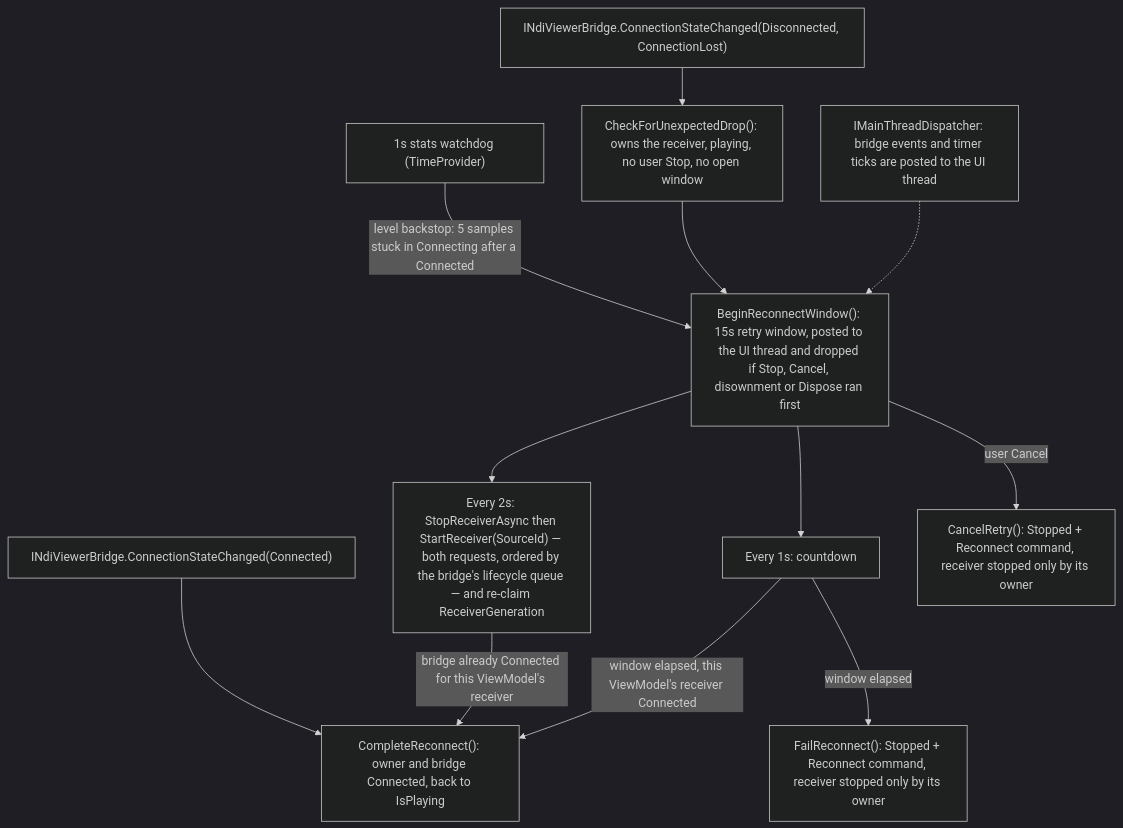
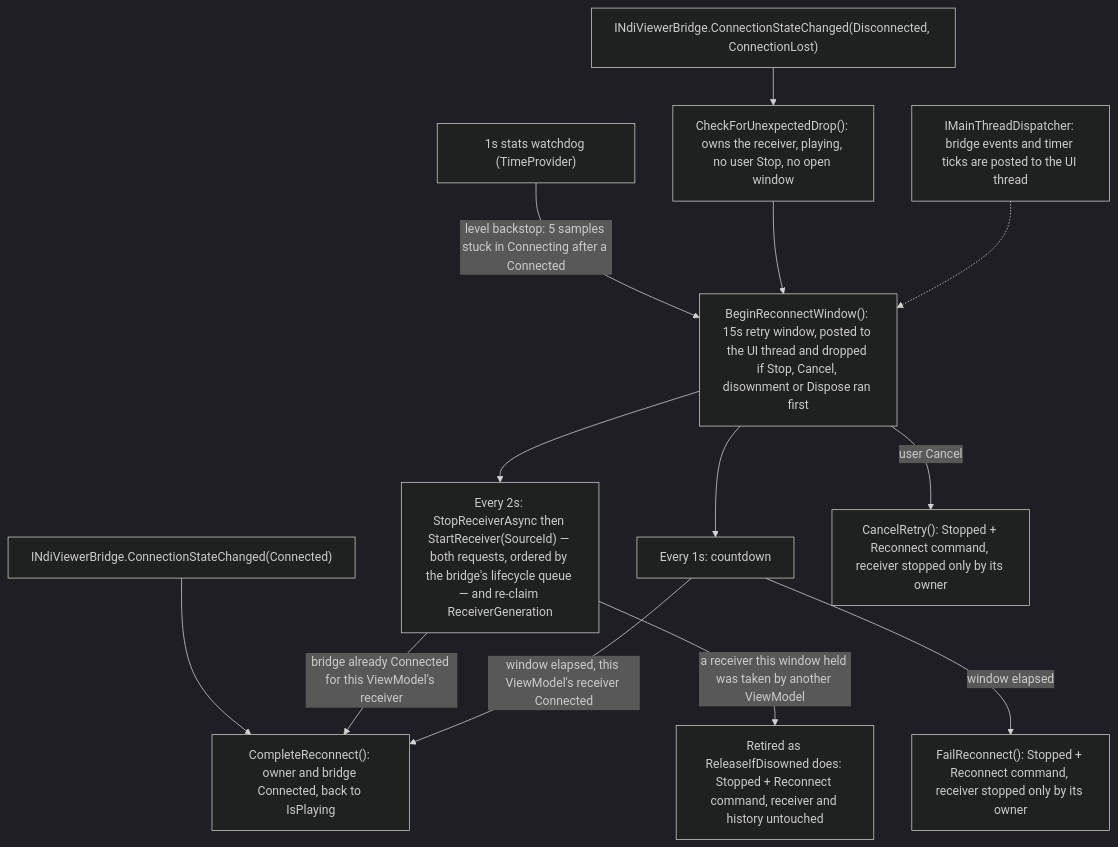
The second of 2 diagrams in docs/architecture.md (nielsverhoeven/NDI-for-Android), drawn with Mermaid (dark theme) before and after one commit. The commit also changed 4 other files, not shown here.

````diff
--- a/docs/architecture.md
+++ b/docs/architecture.md
@@ -288,14 +288,15 @@
 ```mermaid
 graph TB
     EVT["INdiViewerBridge.ConnectionStateChanged(Disconnected, ConnectionLost)"] --> DROP["CheckForUnexpectedDrop(): owns the receiver, playing, no user Stop, no open window"]
     STATS["1s stats watchdog (TimeProvider)"] -->|"level backstop: 5 samples stuck in Connecting after a Connected"| WINDOW
     DROP --> WINDOW["BeginReconnectWindow(): 15s retry window, posted to the UI thread and dropped if Stop, Cancel, disownment or Dispose ran first"]
     WINDOW --> ATTEMPT["Every 2s: StopReceiverAsync then StartReceiver(SourceId) — both requests, ordered by the bridge's lifecycle queue — and re-claim ReceiverGeneration"]
     WINDOW --> TICK["Every 1s: countdown"]
     CONN["INdiViewerBridge.ConnectionStateChanged(Connected)"] --> DONE
     ATTEMPT -->|"bridge already Connected for this ViewModel's receiver"| DONE["CompleteReconnect(): owner and bridge Connected, back to IsPlaying"]
     TICK -->|"window elapsed, this ViewModel's receiver Connected"| DONE
     TICK -->|"window elapsed"| FAILED["FailReconnect(): Stopped + Reconnect command, receiver stopped only by its owner"]
     WINDOW -->|"user Cancel"| CANCELLED["CancelRetry(): Stopped + Reconnect command, receiver stopped only by its owner"]
+    ATTEMPT -->|"a receiver this window held was taken by another ViewModel"| RETIRED["Retired as ReleaseIfDisowned does: Stopped + Reconnect command, receiver and history untouched"]
     DISP["IMainThreadDispatcher: bridge events and timer ticks are posted to the UI thread"] -.-> WINDOW
 ```
````
